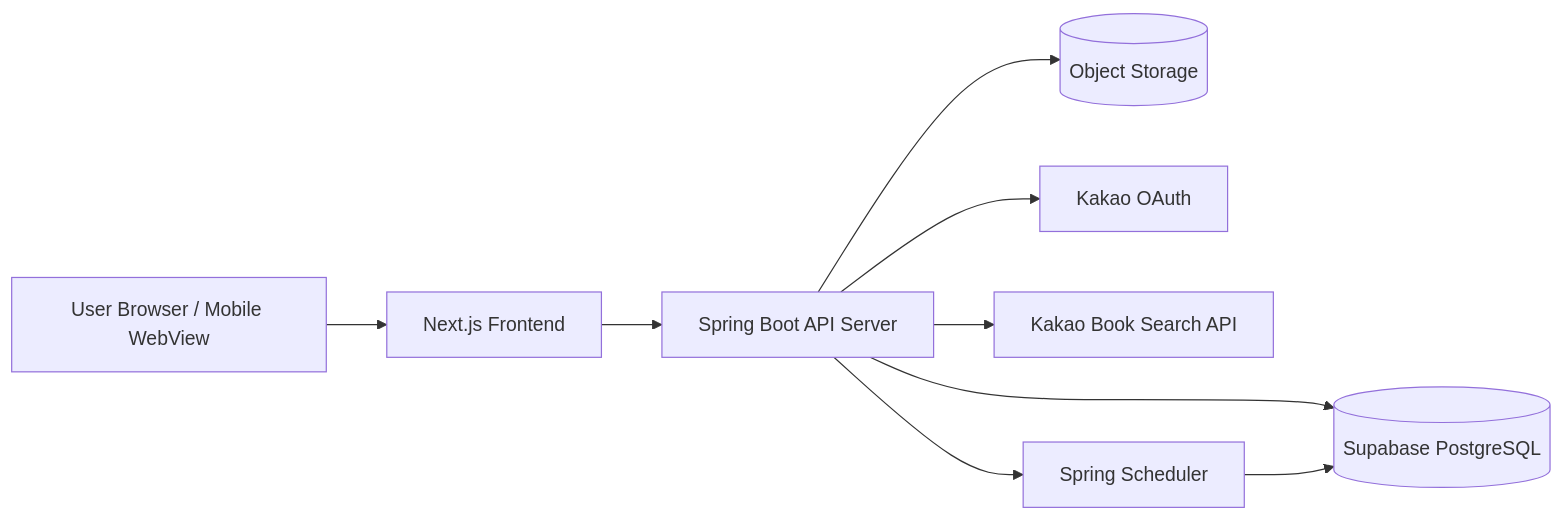
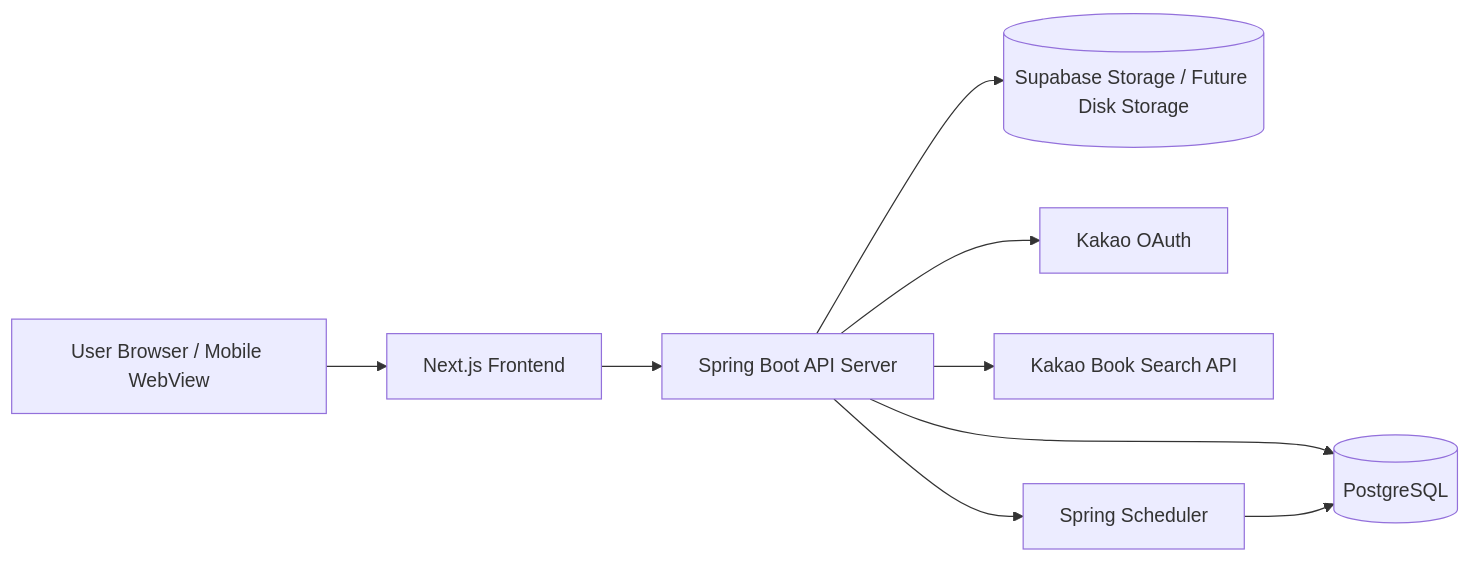
One commit to ljh468/growth-archive changed the first of 3 diagrams in docs/tech/TSD_001_Architecture_DB_ERD.md. Above: the diagram before and after it, drawn with Mermaid. The commit also changed other lines of this file and 10 other files, not shown here.

````diff
--- a/docs/tech/TSD_001_Architecture_DB_ERD.md
+++ b/docs/tech/TSD_001_Architecture_DB_ERD.md
@@ -96,13 +96,13 @@
 ```mermaid
 flowchart LR
     U[User Browser / Mobile WebView] --> FE[Next.js Frontend]
     FE --> API[Spring Boot API Server]
 
-    API --> DB[(Supabase PostgreSQL)]
-    API --> ST[(Object Storage)]
+    API --> DB[(PostgreSQL)]
+    API --> ST[(Supabase Storage / Future Disk Storage)]
     API --> KAUTH[Kakao OAuth]
     API --> KBOOK[Kakao Book Search API]
 
     API --> SCH[Spring Scheduler]
     SCH --> DB
 ```
````
